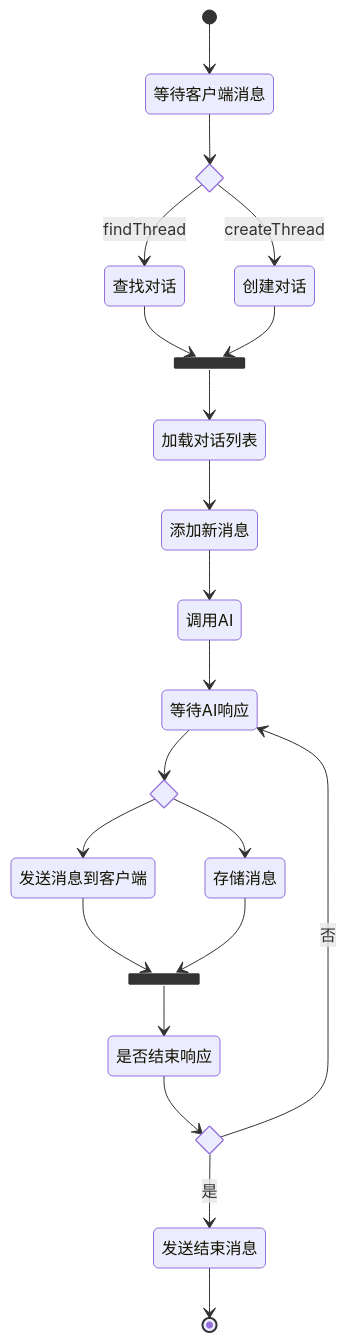
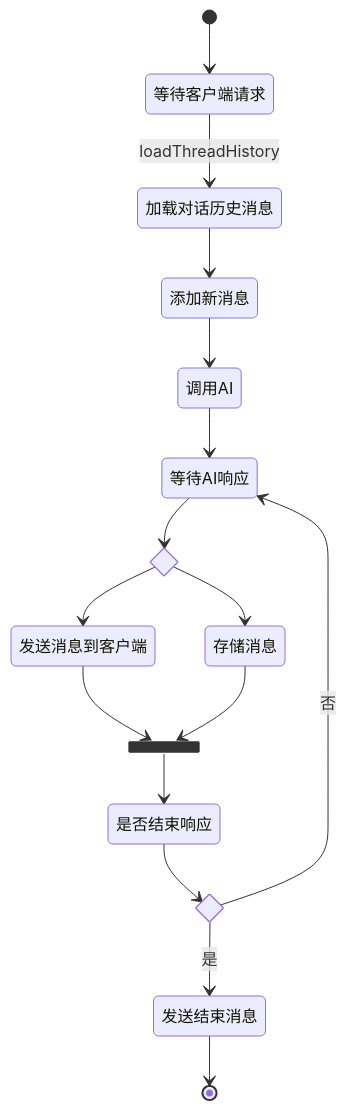
One commit to Gao-Jinlong/ai-assistant changed the second of 2 diagrams in docs/conversation.md. Above: the diagram before and after it, drawn with Mermaid. The commit also changed other lines of this file and 18 other files, not shown here.

````diff
--- a/docs/conversation.md
+++ b/docs/conversation.md
@@ -65,47 +71,36 @@
 ```mermaid
 stateDiagram-v2
 
-    [*] --> 等待客户端消息
+    [*] --> 等待客户端请求
 
-    state input_method <<choice>>
-    等待客户端消息 --> input_method
-    input_method --> 创建对话: createThread
-    input_method --> 查找对话: findThread
+    等待客户端请求 --> 加载对话历史消息: loadThreadHistory
 
-
-
-    state load_thread <<join>>
-    查找对话 --> load_thread
-    创建对话 --> load_thread
-
-    load_thread --> 加载对话列表
-
-    加载对话列表 --> 添加新消息
+    加载对话历史消息 --> 添加新消息
 
     添加新消息 --> 调用AI
 
-    调用AI --> 等待AI响应   
+    调用AI --> 等待AI响应
 
     state ai_response <<choice>>
     等待AI响应 --> ai_response
     ai_response --> 发送消息到客户端
     ai_response --> 存储消息
 
     state response_wait <<join>>
     发送消息到客户端 --> response_wait
     存储消息 --> response_wait
 
     state is_end <<choice>>
     response_wait --> 是否结束响应
     是否结束响应 --> is_end
     is_end --> 发送结束消息 : 是
     is_end --> 等待AI响应 : 否
 
     发送结束消息 --> [*]
 
 
 
 
 
 
 ```
````
